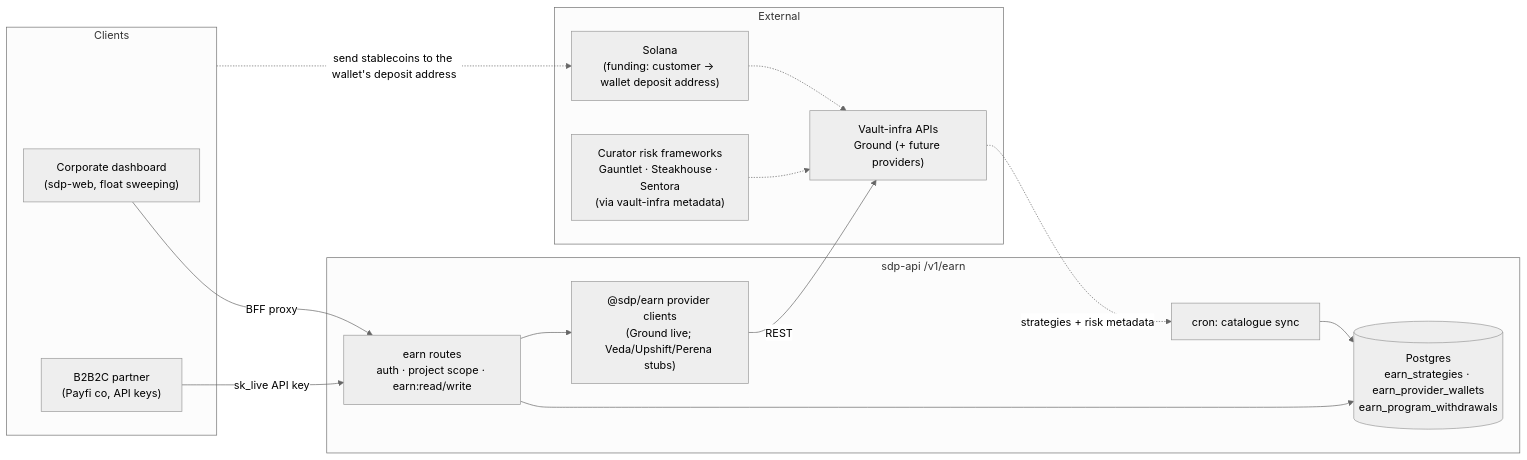
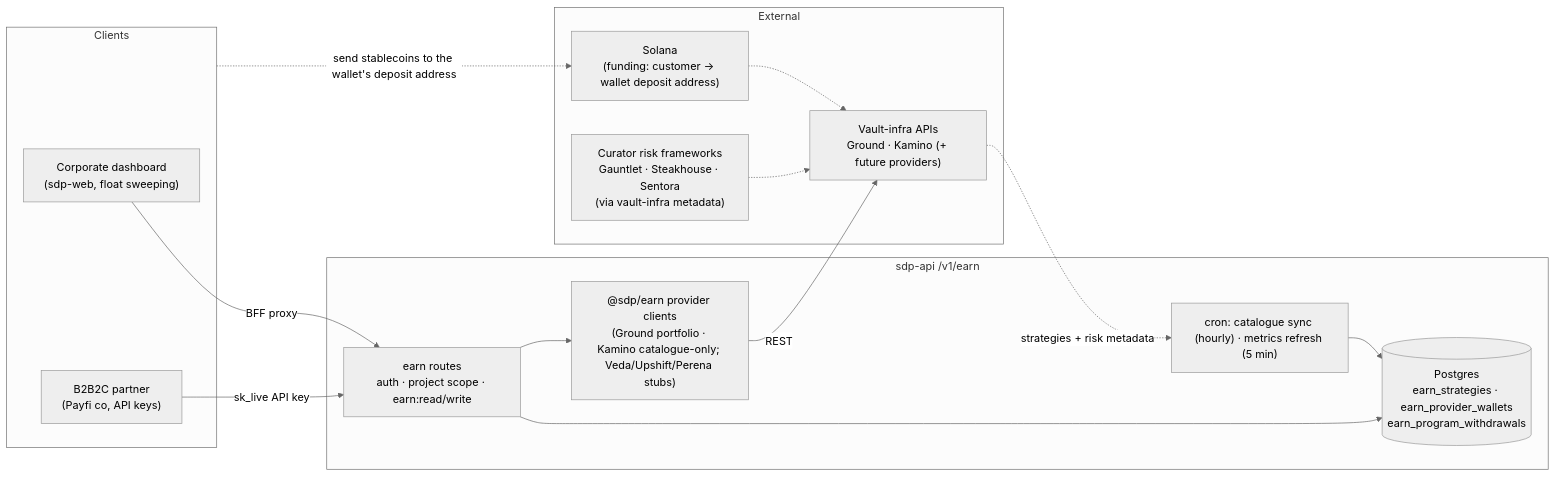
The first of 2 diagrams in docs/architecture/earn-v1-data-flow.md (Moonsong-Labs/solana-developer-platform), drawn with Mermaid (neutral theme) before and after one commit. The commit also changed other lines of this file and 53 other files, not shown here.

First line of the commit message:
feat(earn): add Kamino as a catalogue-only vault provider (#1300)

````diff
--- a/docs/architecture/earn-v1-data-flow.md
+++ b/docs/architecture/earn-v1-data-flow.md
@@ -15,31 +15,31 @@
 ```mermaid
 flowchart LR
     subgraph Clients
         DASH["Corporate dashboard<br/>(sdp-web, float sweeping)"]
         PARTNER["B2B2C partner<br/>(Payfi co, API keys)"]
     end
 
     subgraph SDP["sdp-api  /v1/earn"]
         ROUTES["earn routes<br/>auth · project scope · earn:read/write"]
-        SVC["@sdp/earn provider clients<br/>(Ground live; Veda/Upshift/Perena stubs)"]
+        SVC["@sdp/earn provider clients<br/>(Ground portfolio · Kamino catalogue-only; Veda/Upshift/Perena stubs)"]
         DB[("Postgres<br/>earn_strategies · earn_provider_wallets<br/>earn_program_withdrawals")]
-        CRON["cron: catalogue sync"]
+        CRON["cron: catalogue sync (hourly) · metrics refresh (5 min)"]
     end
 
     subgraph External
-        VAULT["Vault-infra APIs<br/>Ground (+ future providers)"]
+        VAULT["Vault-infra APIs<br/>Ground · Kamino (+ future providers)"]
         CHAIN["Solana<br/>(funding: customer → wallet deposit address)"]
         CURATOR["Curator risk frameworks<br/>Gauntlet · Steakhouse · Sentora<br/>(via vault-infra metadata)"]
     end
 
     DASH -->|BFF proxy| ROUTES
     PARTNER -->|sk_live API key| ROUTES
     ROUTES --> DB
     ROUTES --> SVC
     SVC -->|REST| VAULT
     VAULT -.->|strategies + risk metadata| CRON
     CURATOR -.-> VAULT
     CRON --> DB
     Clients -.->|send stablecoins to the wallet's deposit address| CHAIN
     CHAIN -.-> VAULT
 ```
````
